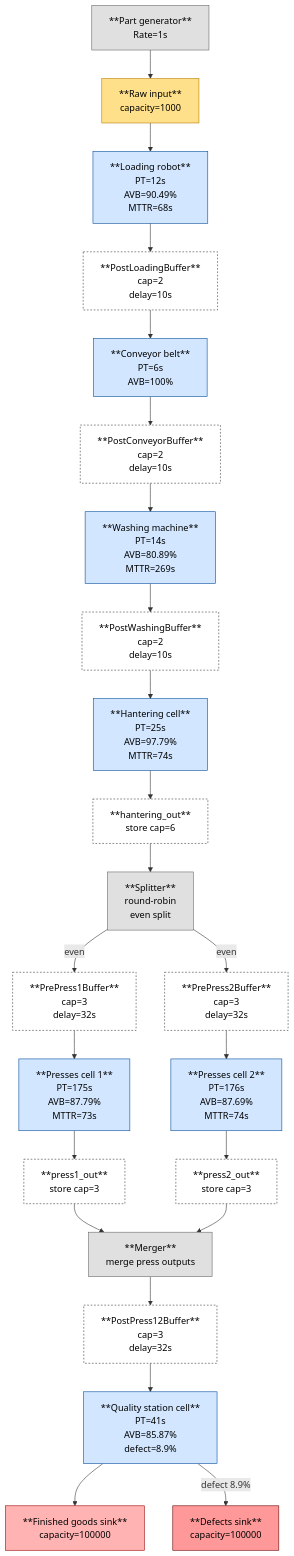
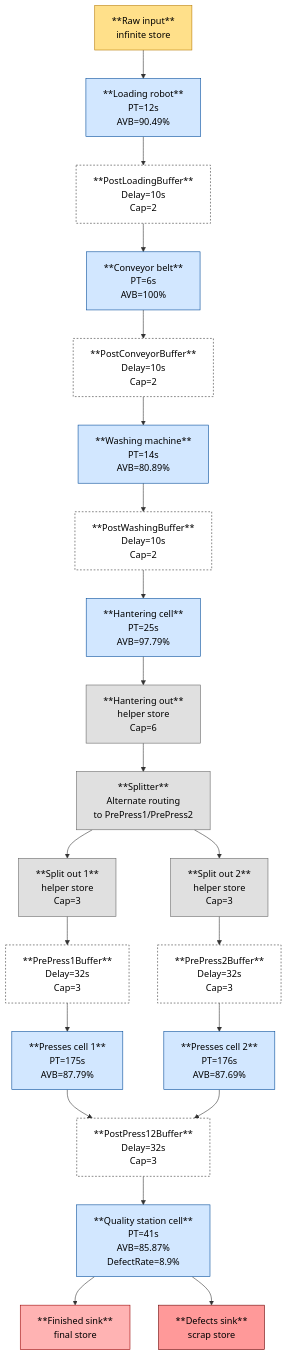
Before and after one commit to ViktorNorberg/LLM-DES-MOO-Modeling: the diagram in results/model_visualization.mmd, drawn with Mermaid. The commit also changed 19 other files, not shown here.

```diff
--- a/results/model_visualization.mmd
+++ b/results/model_visualization.mmd
@@ -1,93 +1,87 @@
 flowchart TD
 classDef buffer fill:#ffffff,stroke:#333333,stroke-width:1px,stroke-dasharray:3 3,color:#000;
 classDef machine fill:#d2e7ff,stroke:#004a99,stroke-width:1px,color:#000;
 classDef store fill:#ffe08a,stroke:#b87a00,stroke-width:1px,color:#000;
 classDef sink fill:#ffb3b3,stroke:#990000,stroke-width:1px,color:#000;
 classDef defect fill:#ff9999,stroke:#660000,stroke-width:1px,color:#000;
 classDef helper fill:#e0e0e0,stroke:#666666,stroke-width:1px,color:#000;
-PartGen["**Part generator**
-Rate=1s"]:::helper
+
 RawInput["**Raw input**
-capacity=1000"]:::store
+infinite store"]:::store
 LoadingRobot["**Loading robot**
 PT=12s
-AVB=90.49%
-MTTR=68s"]:::machine
+AVB=90.49%"]:::machine
 PostLoadingBuffer["**PostLoadingBuffer**
-cap=2
-delay=10s"]:::buffer
+Delay=10s
+Cap=2"]:::buffer
 ConveyorBelt["**Conveyor belt**
 PT=6s
 AVB=100%"]:::machine
 PostConveyorBuffer["**PostConveyorBuffer**
-cap=2
-delay=10s"]:::buffer
+Delay=10s
+Cap=2"]:::buffer
 WashingMachine["**Washing machine**
 PT=14s
-AVB=80.89%
-MTTR=269s"]:::machine
+AVB=80.89%"]:::machine
 PostWashingBuffer["**PostWashingBuffer**
-cap=2
-delay=10s"]:::buffer
+Delay=10s
+Cap=2"]:::buffer
 HanteringCell["**Hantering cell**
 PT=25s
-AVB=97.79%
-MTTR=74s"]:::machine
-hantering_out["**hantering_out**
-store cap=6"]:::buffer
-SplitterNode["**Splitter**
-round-robin\neven split"]:::helper
+AVB=97.79%"]:::machine
+HanteringOut["**Hantering out**
+helper store
+Cap=6"]:::helper
+Splitter["**Splitter**
+Alternate routing
+to PrePress1/PrePress2"]:::helper
+SplitOut1["**Split out 1**
+helper store
+Cap=3"]:::helper
+SplitOut2["**Split out 2**
+helper store
+Cap=3"]:::helper
 PrePress1Buffer["**PrePress1Buffer**
-cap=3
-delay=32s"]:::buffer
+Delay=32s
+Cap=3"]:::buffer
 PrePress2Buffer["**PrePress2Buffer**
-cap=3
-delay=32s"]:::buffer
+Delay=32s
+Cap=3"]:::buffer
 PressesCell1["**Presses cell 1**
 PT=175s
-AVB=87.79%
-MTTR=73s"]:::machine
-press1_out["**press1_out**
-store cap=3"]:::buffer
+AVB=87.79%"]:::machine
 PressesCell2["**Presses cell 2**
 PT=176s
-AVB=87.69%
-MTTR=74s"]:::machine
-press2_out["**press2_out**
-store cap=3"]:::buffer
-MergerNode["**Merger**
-merge press outputs"]:::helper
+AVB=87.69%"]:::machine
 PostPress12Buffer["**PostPress12Buffer**
-cap=3
-delay=32s"]:::buffer
+Delay=32s
+Cap=3"]:::buffer
 QualityStationCell["**Quality station cell**
 PT=41s
 AVB=85.87%
-defect=8.9%"]:::machine
-FinishedSink["**Finished goods sink**
-capacity=100000"]:::sink
+DefectRate=8.9%"]:::machine
+FinishedSink["**Finished sink**
+final store"]:::sink
 DefectsSink["**Defects sink**
-capacity=100000"]:::defect
+scrap store"]:::defect
 
-PartGen --> RawInput
 RawInput --> LoadingRobot
 LoadingRobot --> PostLoadingBuffer
 PostLoadingBuffer --> ConveyorBelt
 ConveyorBelt --> PostConveyorBuffer
 PostConveyorBuffer --> WashingMachine
 WashingMachine --> PostWashingBuffer
 PostWashingBuffer --> HanteringCell
-HanteringCell --> hantering_out
-hantering_out --> SplitterNode
-SplitterNode -- even --> PrePress1Buffer
-SplitterNode -- even --> PrePress2Buffer
+HanteringCell --> HanteringOut
+HanteringOut --> Splitter
+Splitter --> SplitOut1
+Splitter --> SplitOut2
+SplitOut1 --> PrePress1Buffer
+SplitOut2 --> PrePress2Buffer
 PrePress1Buffer --> PressesCell1
 PrePress2Buffer --> PressesCell2
-PressesCell1 --> press1_out
-PressesCell2 --> press2_out
-press1_out --> MergerNode
-press2_out --> MergerNode
-MergerNode --> PostPress12Buffer
+PressesCell1 --> PostPress12Buffer
+PressesCell2 --> PostPress12Buffer
 PostPress12Buffer --> QualityStationCell
 QualityStationCell --> FinishedSink
-QualityStationCell -- "defect 8.9%" --> DefectsSink
+QualityStationCell --> DefectsSink
```
